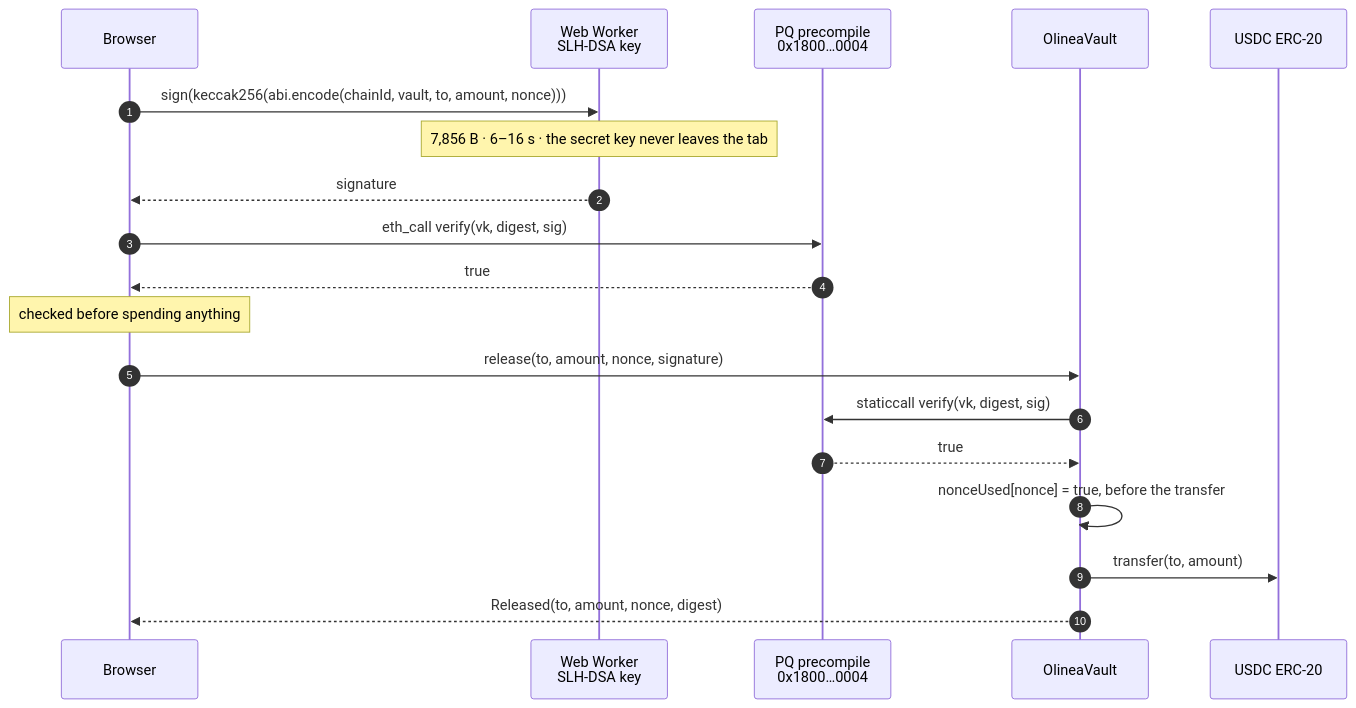
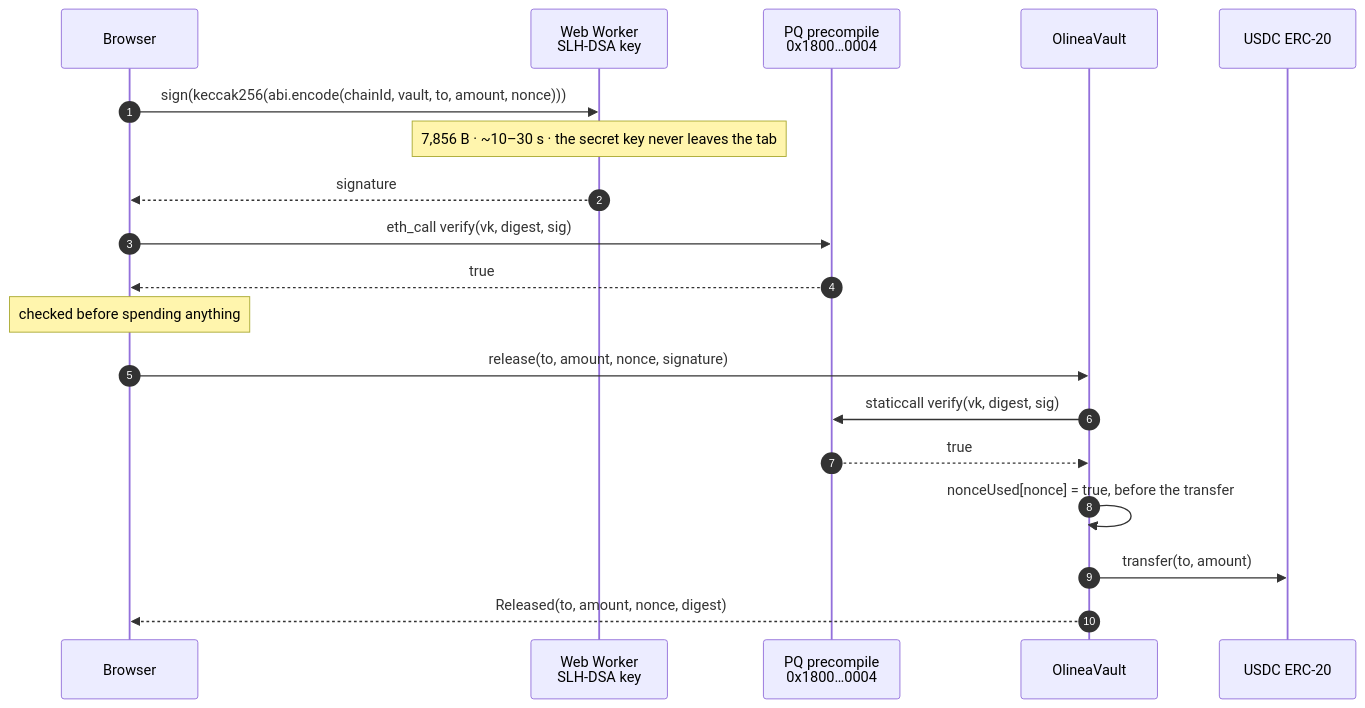
The diagram in README.md (thesithunyein/olinea), drawn with Mermaid before and after one commit. The commit also changed 4 other files, not shown here.

````diff
--- a/README.md
+++ b/README.md
@@ -95,22 +95,22 @@
 ```mermaid
 sequenceDiagram
     autonumber
     participant U as Browser
     participant W as Web Worker<br/>SLH-DSA key
     participant P as PQ precompile<br/>0x1800…0004
     participant V as OlineaVault
     participant T as USDC ERC-20
 
     U->>W: sign(keccak256(abi.encode(chainId, vault, to, amount, nonce)))
-    Note over W: 7,856 B · 6–16 s · the secret key never leaves the tab
+    Note over W: 7,856 B · ~10–30 s · the secret key never leaves the tab
     W-->>U: signature
     U->>P: eth_call verify(vk, digest, sig)
     P-->>U: true
     Note over U: checked before spending anything
     U->>V: release(to, amount, nonce, signature)
     V->>P: staticcall verify(vk, digest, sig)
     P-->>V: true
     V->>V: nonceUsed[nonce] = true, before the transfer
     V->>T: transfer(to, amount)
     V-->>U: Released(to, amount, nonce, digest)
 ```
````
